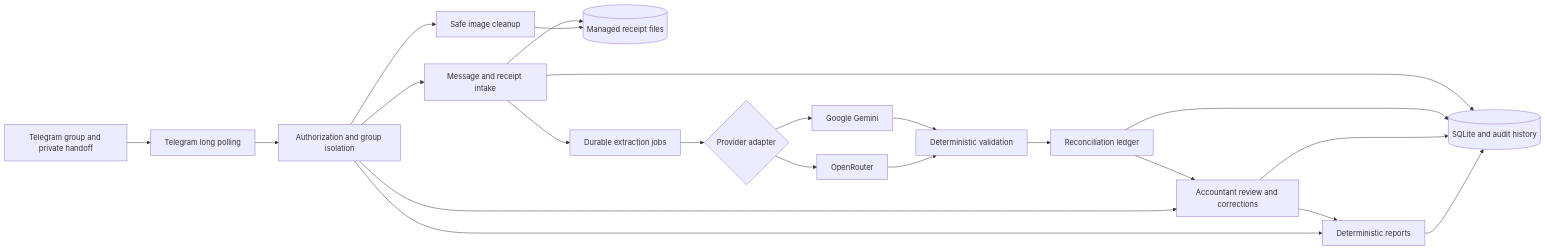
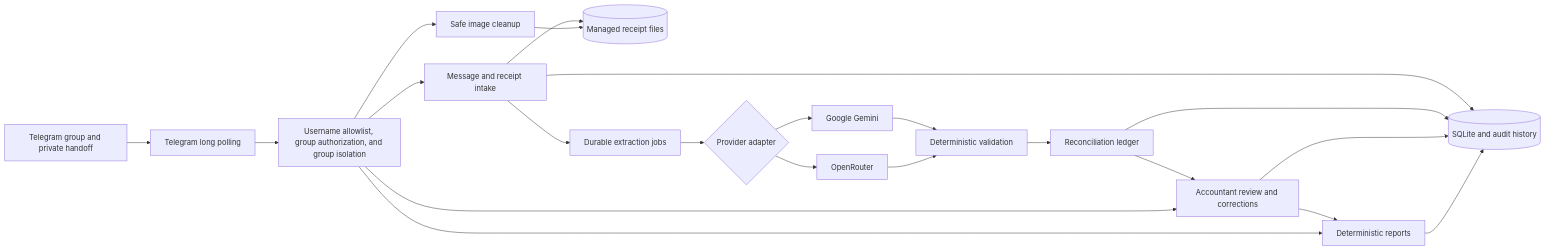
The first of 2 diagrams in README.md (dariushmmz/telegram-financial-agent), drawn with Mermaid before and after one commit. The commit also changed other lines of this file and 28 other files, not shown here.

````diff
--- a/README.md
+++ b/README.md
@@ -29,24 +30,24 @@
 ```mermaid
 flowchart LR
     TG[Telegram group and private handoff] --> API[Telegram long polling]
-    API --> AUTH[Authorization and group isolation]
+    API --> AUTH[Username allowlist, group authorization, and group isolation]
     AUTH --> INTAKE[Message and receipt intake]
     INTAKE --> FILES[(Managed receipt files)]
     INTAKE --> QUEUE[Durable extraction jobs]
     QUEUE --> AI{Provider adapter}
     AI --> GEMINI[Google Gemini]
     AI --> OPENROUTER[OpenRouter]
     GEMINI --> VALIDATE[Deterministic validation]
     OPENROUTER --> VALIDATE
     VALIDATE --> LEDGER[Reconciliation ledger]
     LEDGER --> REVIEW[Accountant review and corrections]
     REVIEW --> REPORT[Deterministic reports]
     AUTH --> REVIEW
     AUTH --> REPORT
     AUTH --> CLEANUP[Safe image cleanup]
     CLEANUP --> FILES
     INTAKE --> DB[(SQLite and audit history)]
     LEDGER --> DB
     REVIEW --> DB
     REPORT --> DB
 ```
````
